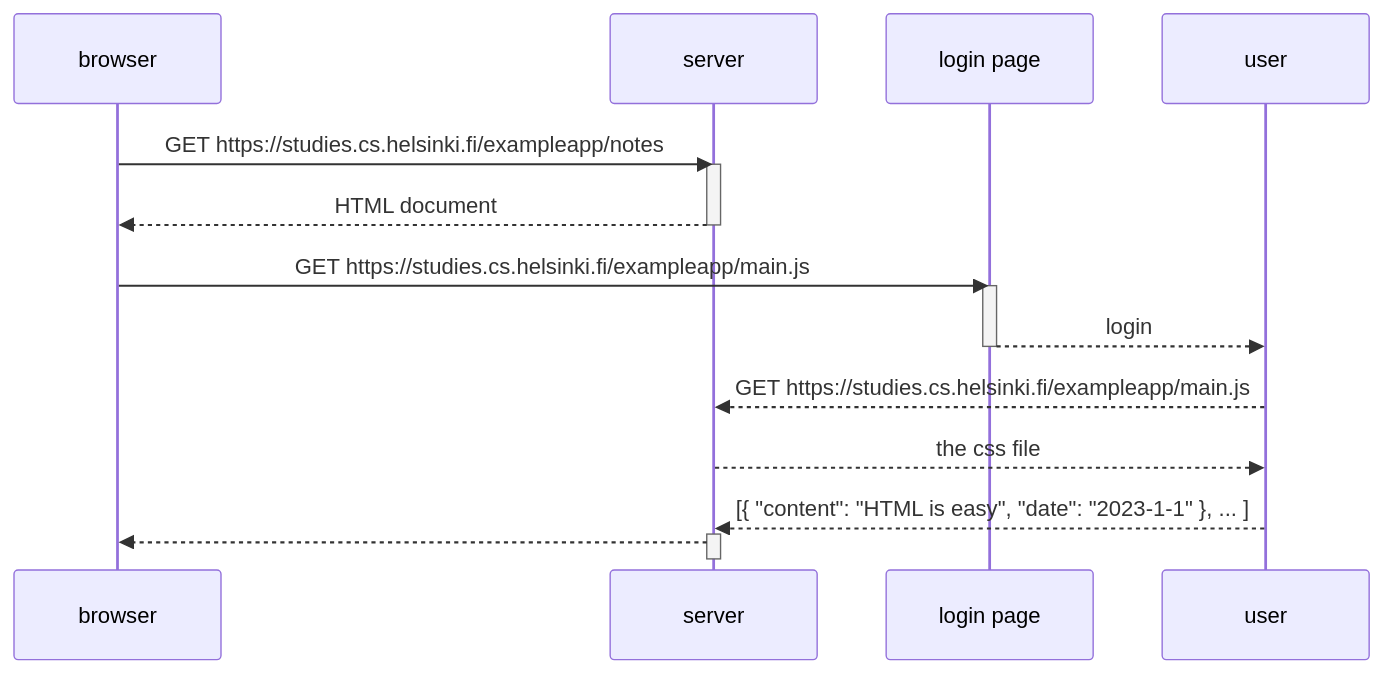
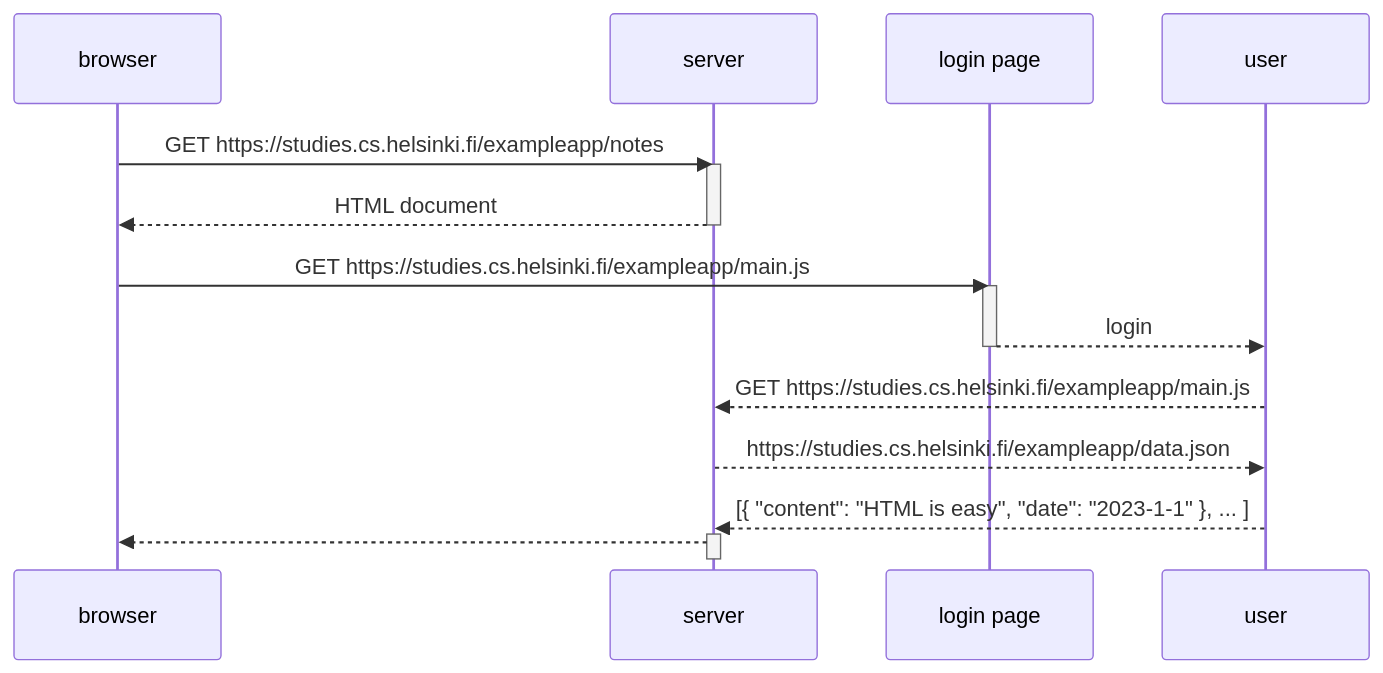
One commit to iamalexov/fullstack0 changed the diagram in new sequence diagram04.mmd. Above: the diagram before and after it, drawn with Mermaid.

Commit message:
Update new sequence diagram04.mmd

```diff
--- a/new sequence diagram04.mmd
+++ b/new sequence diagram04.mmd
@@ -1,26 +1,26 @@
 sequenceDiagram
     participant browser
     participant server
     participant login page
     participant user
     
     browser->>server: GET https://studies.cs.helsinki.fi/exampleapp/notes
     activate server
     server-->>browser: HTML document
     deactivate server
     
 
     
     browser->>login page: GET https://studies.cs.helsinki.fi/exampleapp/main.js
     activate login page
     login page-->>user: login
     deactivate login page
     
     
     user-->>server:GET https://studies.cs.helsinki.fi/exampleapp/main.js
-    server-->>user:the css file
+    server-->>user:https://studies.cs.helsinki.fi/exampleapp/data.json 
      user-->>server:[{ "content": "HTML is easy", "date": "2023-1-1" }, ... ]
 
     activate server
     server-->>browser: 
     deactivate server
```
